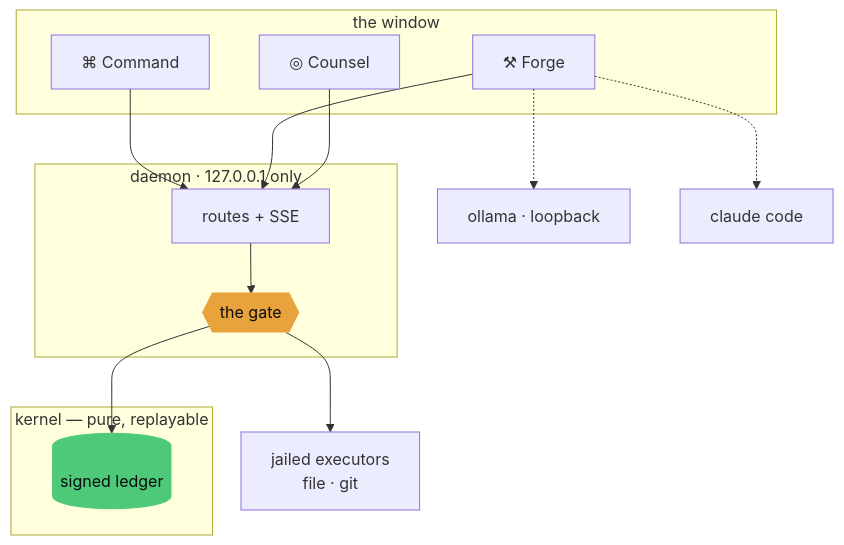
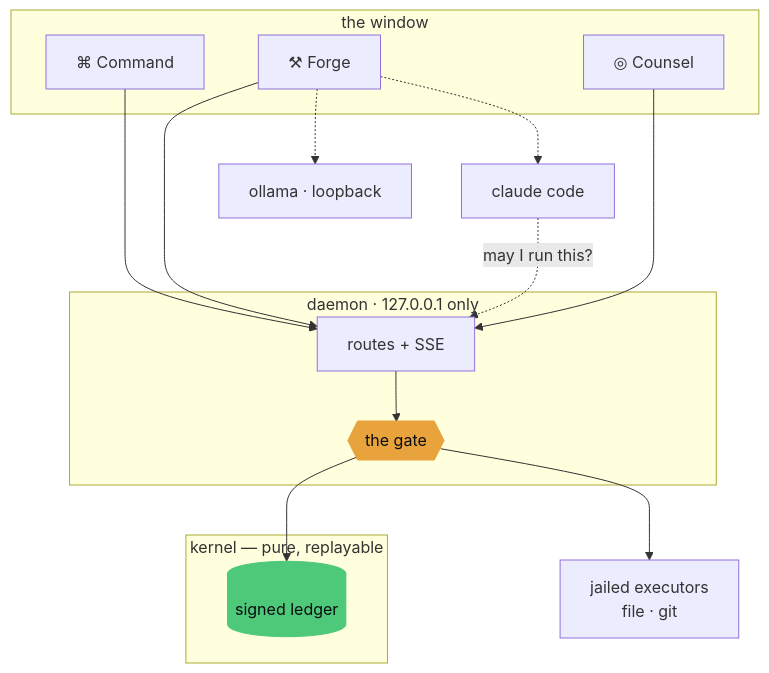
Before and after one commit to abheet19/Zeno: the third of 3 diagrams in README.md, drawn with Mermaid. The commit also changed other lines of this file and 6 other files, not shown here.

````diff
--- a/README.md
+++ b/README.md
@@ -405,19 +410,20 @@
 ```mermaid
 flowchart TB
     subgraph W[" the window "]
         CMD[⌘ Command] & FRG[⚒ Forge] & CNS[◎ Counsel]
     end
     subgraph D[" daemon · 127.0.0.1 only "]
         API[routes + SSE] --> GATE
     end
     subgraph K[" kernel — pure, replayable "]
         GATE{{the gate}} --> LED[(signed ledger)]
     end
     CMD & FRG & CNS --> API
     FRG -.-> OLL[ollama · loopback]
     FRG -.-> CC[claude code]
+    CC -.->|may I run this?| API
     GATE --> EX[jailed executors<br/>file · git]
 
     style GATE fill:#e8a33d,stroke:#e8a33d,color:#0a0c0e
     style LED fill:#4ec97a,stroke:#4ec97a,color:#0a0c0e
 ```
````
